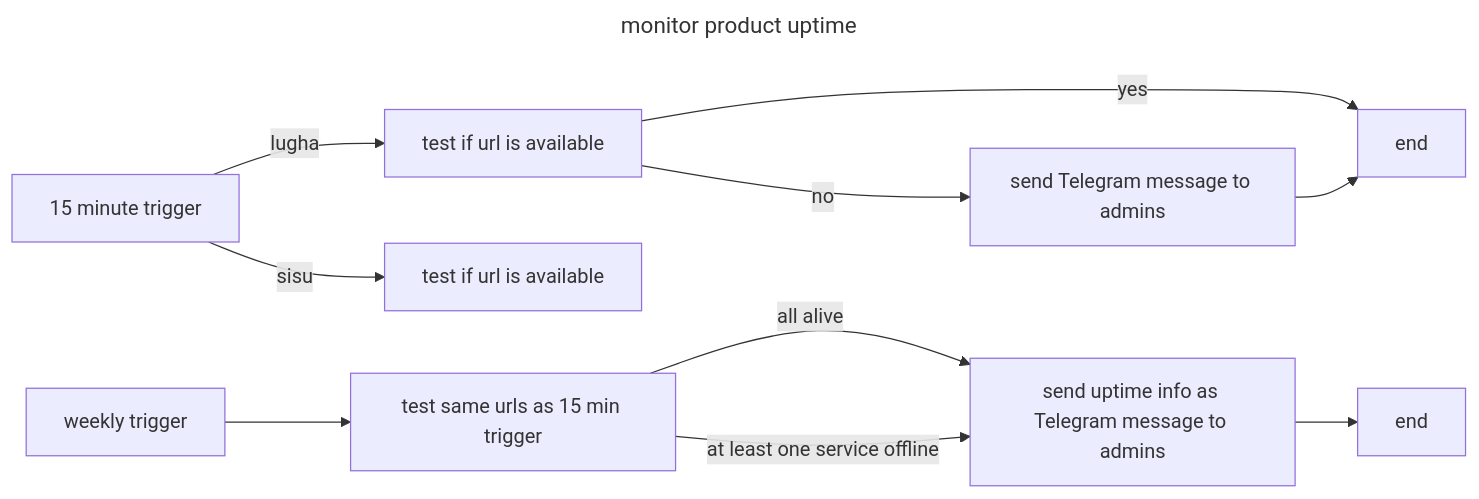
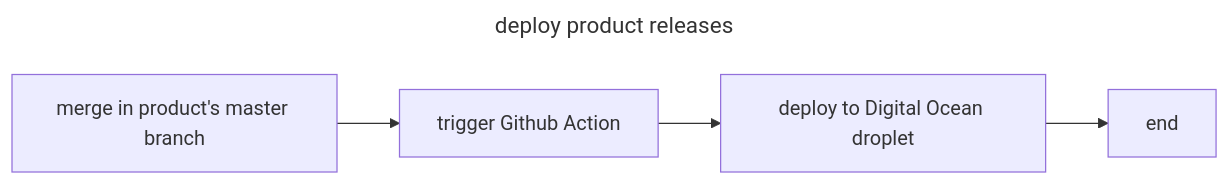
Before and after one commit to khaldoun-xyz/standard: the second of 4 diagrams in docs/processes.md, drawn with Mermaid. The commit also changed other lines of this file, not shown here.

Commit message:
maintenance: merge monitor & kpis, add deploy

```diff
--- a/docs/processes.md
+++ b/docs/processes.md
@@ -90,15 +92,9 @@
 ~~~mermaid
 ---
-title: monitor product uptime 
+title: deploy product releases
 ---
 flowchart LR
-  A[15 minute trigger] --> |lugha| B1[test if url is available]
-  A --> |sisu| B2[test if url is available]
-  B1 --> |no| C[send Telegram message to admins]
-  B1 --> |yes| D[end]
+  A[merge in product's master branch] --> B[trigger Github Action]
+  B --> C[deploy to Digital Ocean droplet]
   C --> D[end]
-  E[weekly trigger] --> F[test same urls as 15 min trigger]
-  F --> |all alive| G[send uptime info as Telegram message to admins]
-  F --> |at least one service offline| G
-  G --> H[end]
 ~~~
```
